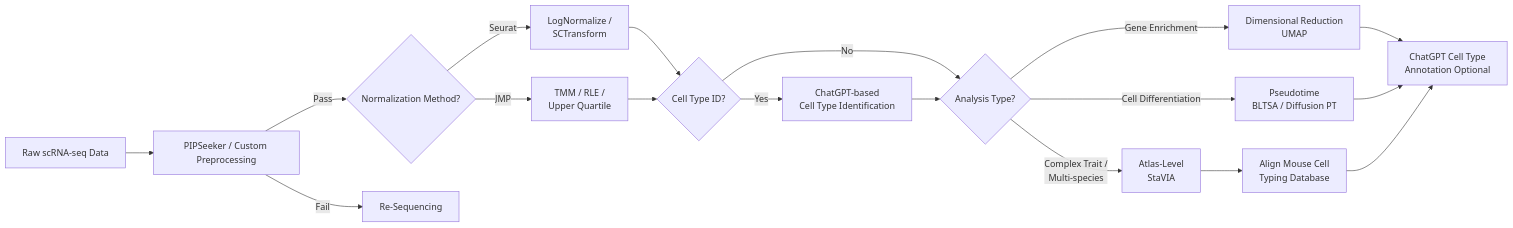
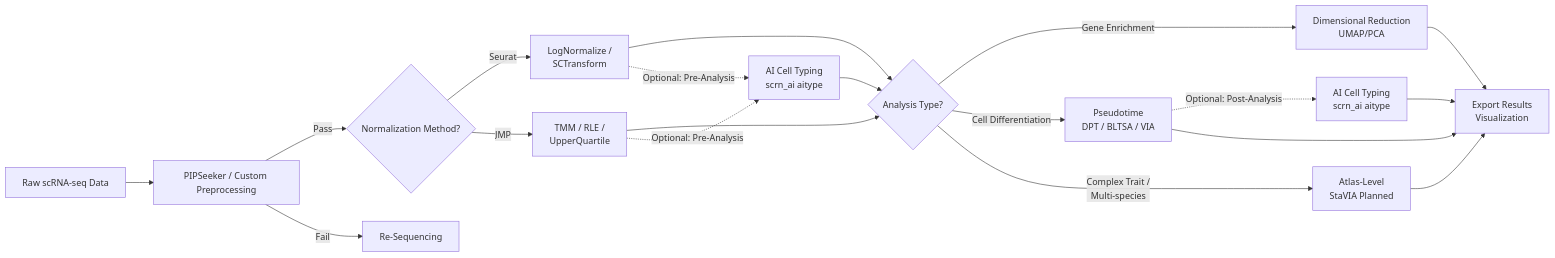
The diagram in README.md (pgrady1322/scRN_AI), drawn with Mermaid before and after one commit. The commit also changed other lines of this file and 54 other files, not shown here.

````diff
--- a/README.md
+++ b/README.md
@@ -10,20 +10,24 @@
 ```mermaid
 flowchart LR
     A[Raw scRNA-seq Data] --> B[PIPSeeker / Custom Preprocessing]
     B -- Pass --> C{Normalization Method?}
     B -- Fail --> D[Re-Sequencing]
     C -- Seurat --> E[LogNormalize /<br/>SCTransform]
-    C -- JMP --> F[TMM / RLE /<br/>Upper Quartile]
-    E --> G{Cell Type ID?}
+    C -- JMP --> F[TMM / RLE /<br/>UpperQuartile]
+    E --> G{Analysis Type?}
     F --> G
-    G -- Yes --> H[ChatGPT-based<br/>Cell Type Identification]
-    G -- No --> I{Analysis Type?}
-    H --> I
-    I -- Gene Enrichment --> J[Dimensional Reduction<br/>UMAP]
-    I -- Cell Differentiation --> K[Pseudotime<br/>BLTSA / Diffusion PT]
-    I -- Complex Trait /<br/>Multi-species --> L[Atlas-Level<br/>StaVIA]
-    J --> M[ChatGPT Cell Type<br/>Annotation Optional]
-    K --> M
-    L --> N[Align Mouse Cell<br/>Typing Database]
-    N --> M
+    G -- Gene Enrichment --> H[Dimensional Reduction<br/>UMAP/PCA]
+    G -- Cell Differentiation --> I[Pseudotime<br/>DPT / BLTSA / VIA]
+    G -- Complex Trait /<br/>Multi-species --> J[Atlas-Level<br/>StaVIA Planned]
+    
+    %% AItyping integration (NEW)
+    E -.Optional: Pre-Analysis.-> AI[AI Cell Typing<br/>scrn_ai aitype]
+    F -.Optional: Pre-Analysis.-> AI
+    AI --> G
+    I -.Optional: Post-Analysis.-> AI2[AI Cell Typing<br/>scrn_ai aitype]
+    AI2 --> K
+    
+    H --> K[Export Results<br/>Visualization]
+    I --> K
+    J --> K
 ```
````
